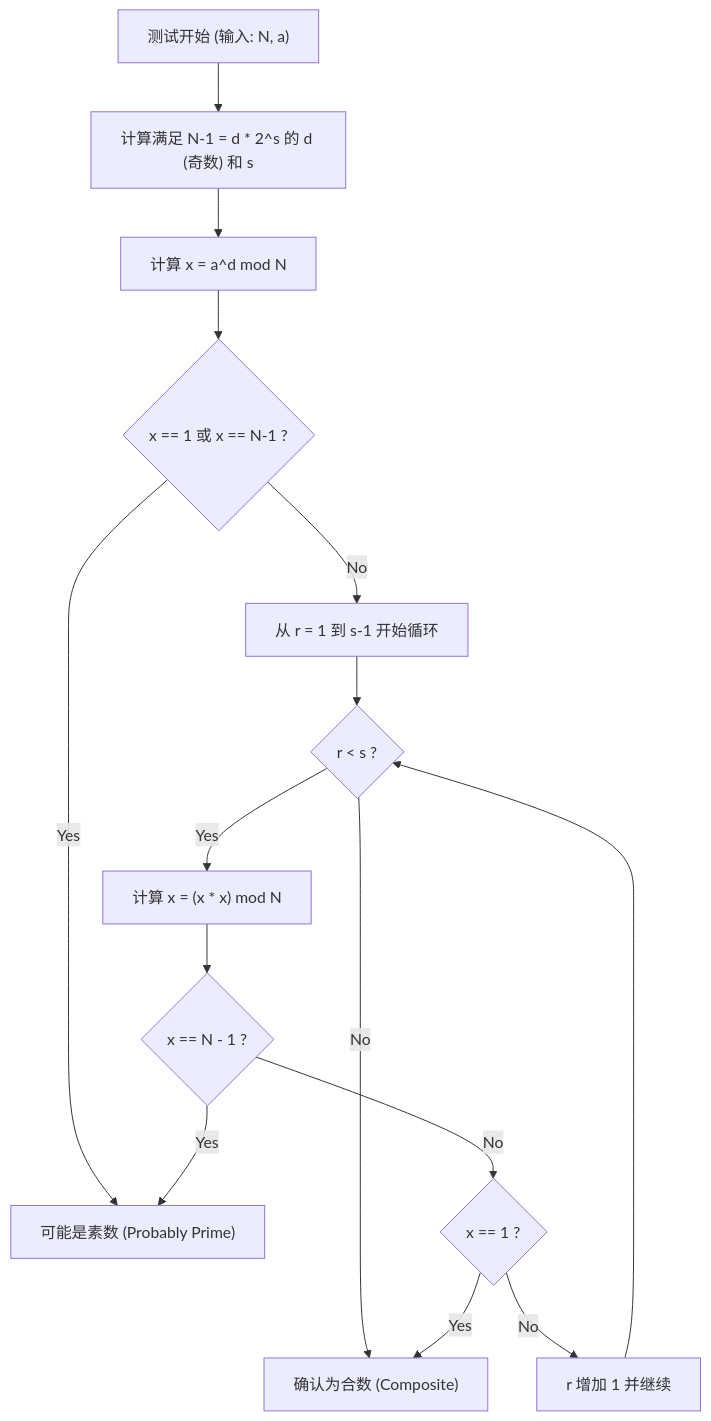
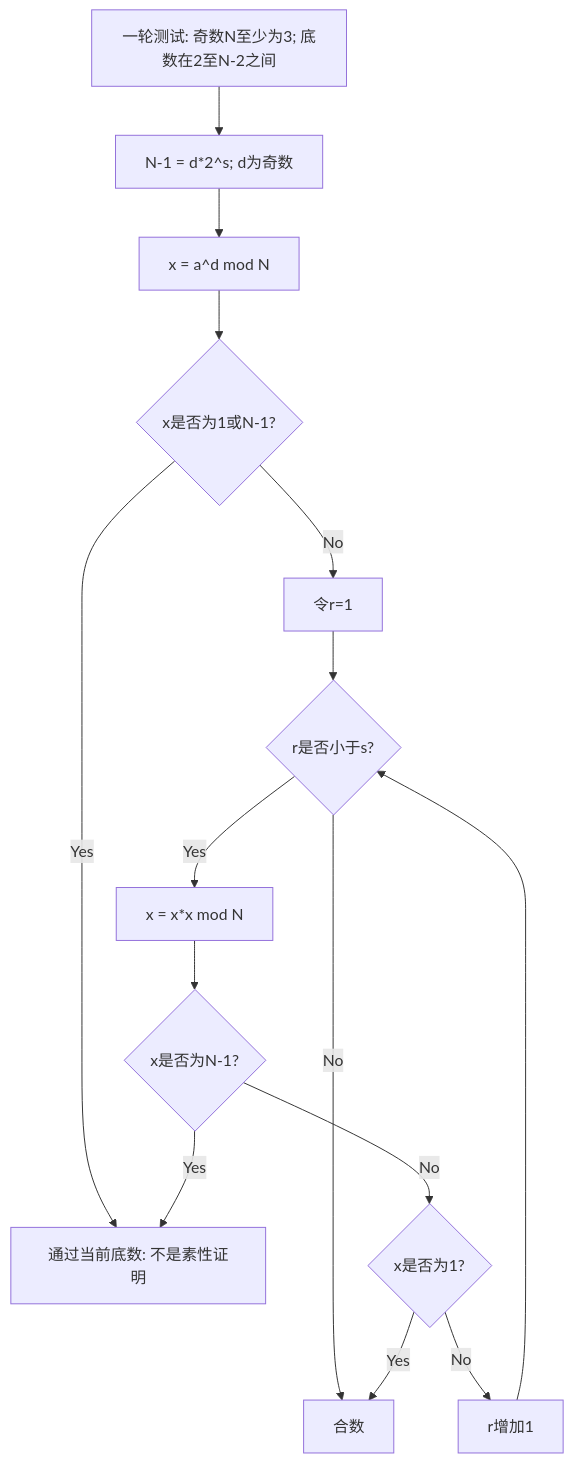
The first of 2 diagrams in content/post/cppで実装する高速な素数判定アルゴリズム/index.zh-cn.md (kenjinote/blog), drawn with Mermaid before and after one commit. The commit also changed other lines of this file and 5 other files, not shown here.

````diff
--- a/content/post/cppで実装する高速な素数判定アルゴリズム/index.zh-cn.md
+++ b/content/post/cppで実装する高速な素数判定アルゴリズム/index.zh-cn.md
@@ -123,20 +116,17 @@
 ```mermaid
 graph TD
-    Start["测试开始 (输入: N, a)"] --> CalcDS["计算满足 N-1 = d * 2^s 的 d (奇数) 和 s"]
-    CalcDS --> CalcX["计算 x = a^d mod N"]
-    CalcX --> CheckX1{"x == 1 或 x == N-1 ?"}
-    CheckX1 -- Yes --> ReturnTrue["可能是素数 (Probably Prime)"]
-    CheckX1 -- No --> LoopStart["从 r = 1 到 s-1 开始循环"]
-    
-    LoopStart --> LoopCondition{"r < s ?"}
-    LoopCondition -- No --> ReturnFalse["确认为合数 (Composite)"]
-    LoopCondition -- Yes --> SquareX["计算 x = (x * x) mod N"]
-    
-    SquareX --> CheckXMinus1{"x == N - 1 ?"}
-    CheckXMinus1 -- Yes --> ReturnTrue
-    CheckXMinus1 -- No --> CheckXOne{"x == 1 ?"}
-    
-    CheckXOne -- Yes --> ReturnFalse
-    CheckXOne -- No --> LoopNext["r 增加 1 并继续"]
-    LoopNext --> LoopCondition
+    Start["一轮测试: 奇数N至少为3; 底数在2至N-2之间"] --> DS["N-1 = d*2^s; d为奇数"]
+    DS --> Power["x = a^d mod N"]
+    Power --> First{"x是否为1或N-1?"}
+    First -- Yes --> Pass["通过当前底数: 不是素性证明"]
+    First -- No --> Init["令r=1"]
+    Init --> More{"r是否小于s?"}
+    More -- No --> Fail["合数"]
+    More -- Yes --> Square["x = x*x mod N"]
+    Square --> Minus{"x是否为N-1?"}
+    Minus -- Yes --> Pass
+    Minus -- No --> One{"x是否为1?"}
+    One -- Yes --> Fail
+    One -- No --> Next["r增加1"]
+    Next --> More
 ```
````
